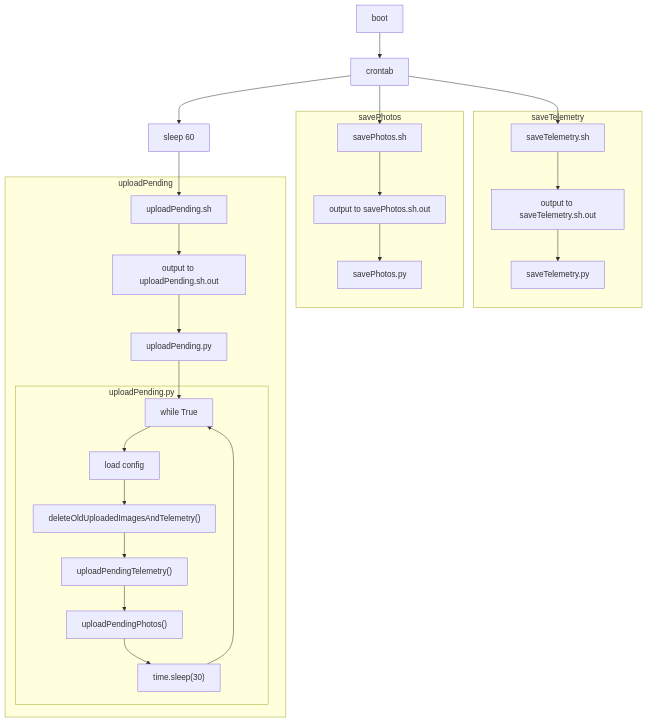
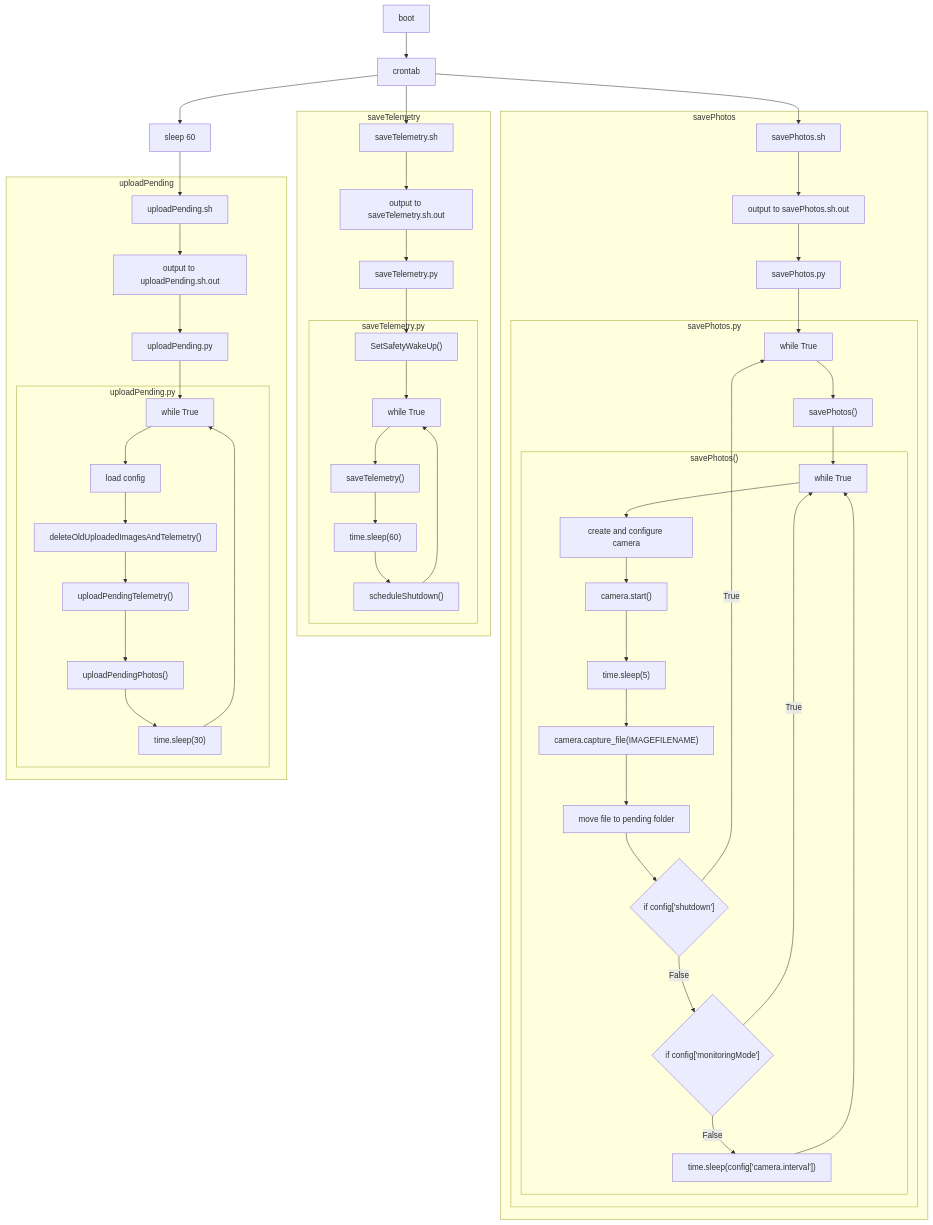
The diagram in scripts/execution_flow.md (venari/timelapse), drawn with Mermaid before and after one commit.

Commit message:
add saveTelemetry.py & savePhotos.py to exectution flow chart

````diff
--- a/scripts/execution_flow.md
+++ b/scripts/execution_flow.md
@@ -1,26 +1,44 @@
 ```mermaid
 graph TD
     boot --> crontab
     crontab --> saveTelemetry.sh
     crontab --> savePhotos.sh
     crontab --> sleep[sleep 60] --> uploadPending.sh
 
     subgraph saveTelemetry
     saveTelemetry.sh --> outTel[output to saveTelemetry.sh.out]
     outTel --> saveTelemetry.py
+    saveTelemetry.py --> safetyWakeup["SetSafetyWakeUp()"]
+    subgraph saveTelemetrypy[saveTelemetry.py]
+    safetyWakeup --> saveTelLoop[while True]
+    saveTelLoop --> saveTelF["saveTelemetry()"] --> sleep3["time.sleep(60)"] --> scheduleShutdown["scheduleShutdown()"] --> saveTelLoop
+    end
     end
 
     subgraph savePhotos
     savePhotos.sh --> outPhotos[output to savePhotos.sh.out]
     outPhotos --> savePhotos.py
+    savePhotos.py --> savePhotosLoop
+    subgraph savePhotospy[savePhotos.py]
+    savePhotosLoop[while True] --> savePhotosF["savePhotos()"]
+    savePhotosF --> savePhotosLoop2
+    subgraph savePhotosFg["savePhotos()"]
+    savePhotosLoop2[while True] --> camCreateConf[create and configure camera] --> camStart["camera.start()"] --> camSleep["time.sleep(5)"] --> saveCam["camera.capture_file(IMAGEFILENAME)"] --> moveCamFile[move file to pending folder] --> savePhotosIf{"if config['shutdown']"}
+    savePhotosIf -- False --> savePhotosIf2{"if config['monitoringMode']"}
+    savePhotosIf2 -- True --> savePhotosLoop2
+    savePhotosIf2 -- False --> savePhotosIf2Sleep["time.sleep(config['camera.interval'])"] --> savePhotosLoop2
+    end
+    savePhotosIf -- True --> savePhotosLoop
+
+    end
     end
 
     subgraph uploadPending
     uploadPending.sh --> outPending[output to uploadPending.sh.out]
     outPending --> uploadPending.py --> upPendingLoop[while True]
     subgraph uploadPendingpy[uploadPending.py]
     upPendingLoop --> loadConfig[load config] --> deleteOld["deleteOldUploadedImagesAndTelemetry()"] --> upPenTel["uploadPendingTelemetry()"] --> upPenPhot["uploadPendingPhotos()"] --> sleep2["time.sleep(30)"]
     sleep2 --> upPendingLoop
     end
     end
 ```
````
